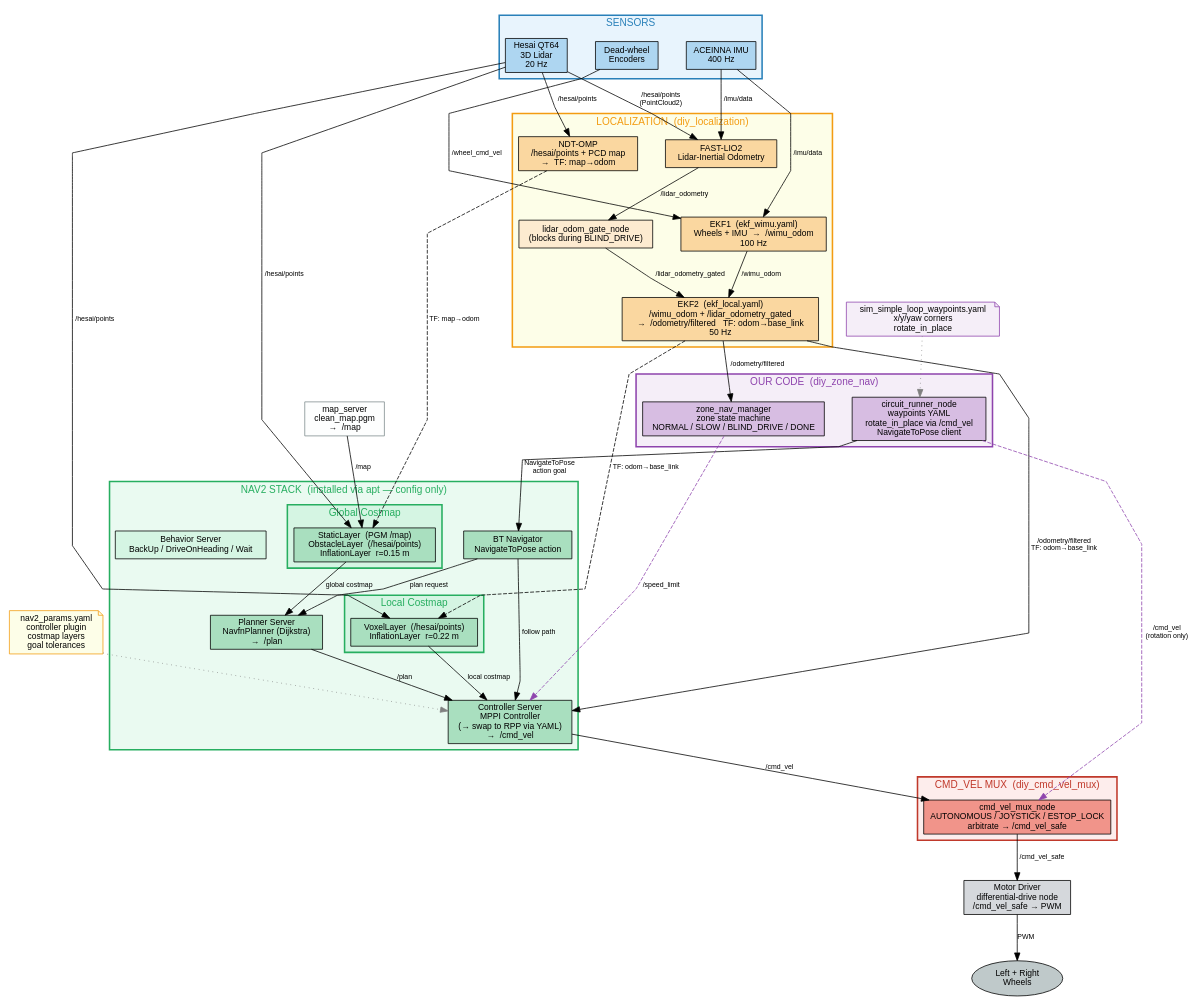
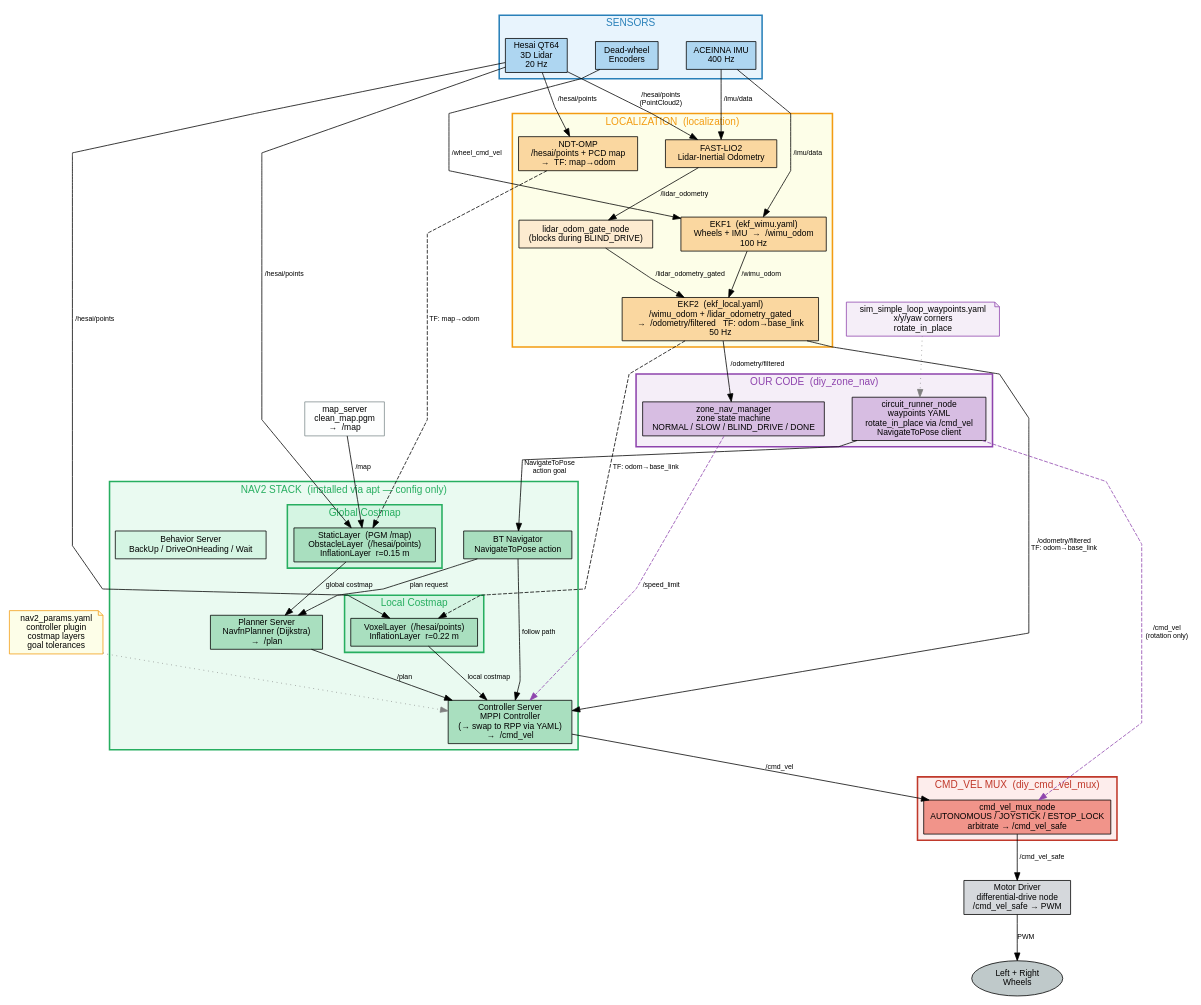
Before and after one commit to Betsybots/DIY-Challenge-Repo: the diagram in docs/system_workflow.dot, drawn with Graphviz. The commit also changed 68 other files, not shown here.

```diff
--- a/docs/system_workflow.dot
+++ b/docs/system_workflow.dot
@@ -1,140 +1,140 @@
 digraph DIYRobot {
     rankdir=TB
     compound=true
     splines=polyline
     nodesep=0.5
     ranksep=0.7
     fontname="Helvetica"
     node [fontname="Helvetica" fontsize=11]
     edge [fontname="Helvetica" fontsize=9]
 
     // ── SENSORS ─────────────────────────────────────────────────────────────
     subgraph cluster_sensors {
         label="SENSORS"
         style=filled fillcolor="#E8F4FD" color="#2980B9" penwidth=2
         fontsize=13 fontcolor="#2980B9"
 
         hesai   [label="Hesai QT64\n3D Lidar\n20 Hz"      shape=box style=filled fillcolor="#AED6F1"]
         imu     [label="ACEINNA IMU\n400 Hz"               shape=box style=filled fillcolor="#AED6F1"]
         wheels  [label="Dead-wheel\nEncoders"              shape=box style=filled fillcolor="#AED6F1"]
     }
 
     // ── LOCALIZATION ─────────────────────────────────────────────────────────
     subgraph cluster_loc {
-        label="LOCALIZATION  (diy_localization)"
+        label="LOCALIZATION  (localization)"
         style=filled fillcolor="#FDFEE8" color="#F39C12" penwidth=2
         fontsize=13 fontcolor="#F39C12"
 
         fastlio [label="FAST-LIO2\nLidar-Inertial Odometry"  shape=box style=filled fillcolor="#FAD7A0"]
         ekf1    [label="EKF1  (ekf_wimu.yaml)\nWheels + IMU  →  /wimu_odom\n100 Hz"      shape=box style=filled fillcolor="#FAD7A0"]
         ekf2    [label="EKF2  (ekf_local.yaml)\n/wimu_odom + /lidar_odometry_gated\n→  /odometry/filtered   TF: odom→base_link\n50 Hz" shape=box style=filled fillcolor="#FAD7A0"]
         ndt     [label="NDT-OMP\n/hesai/points + PCD map\n→  TF: map→odom"               shape=box style=filled fillcolor="#FAD7A0"]
         gate    [label="lidar_odom_gate_node\n(blocks during BLIND_DRIVE)"                shape=box style=filled fillcolor="#FDEBD0"]
     }
 
     // ── NAV2 ─────────────────────────────────────────────────────────────────
     subgraph cluster_nav2 {
         label="NAV2 STACK  (installed via apt — config only)"
         style=filled fillcolor="#EAFAF1" color="#27AE60" penwidth=2
         fontsize=13 fontcolor="#27AE60"
 
         subgraph cluster_gcm {
             label="Global Costmap"
             style=filled fillcolor="#D5F5E3" color="#27AE60"
             gcm [label="StaticLayer  (PGM /map)\nObstacleLayer  (/hesai/points)\nInflationLayer  r=0.15 m" shape=box style=filled fillcolor="#A9DFBF"]
         }
         subgraph cluster_lcm {
             label="Local Costmap"
             style=filled fillcolor="#D5F5E3" color="#27AE60"
             lcm [label="VoxelLayer  (/hesai/points)\nInflationLayer  r=0.22 m" shape=box style=filled fillcolor="#A9DFBF"]
         }
 
         planner    [label="Planner Server\nNavfnPlanner (Dijkstra)\n→  /plan"            shape=box style=filled fillcolor="#A9DFBF"]
         controller [label="Controller Server\nMPPI Controller\n(→ swap to RPP via YAML)\n→  /cmd_vel"  shape=box style=filled fillcolor="#A9DFBF"]
         bt         [label="BT Navigator\nNavigateToPose action"                           shape=box style=filled fillcolor="#A9DFBF"]
         behaviors  [label="Behavior Server\nBackUp / DriveOnHeading / Wait"               shape=box style=filled fillcolor="#D5F5E3"]
     }
 
     // ── OUR CODE ─────────────────────────────────────────────────────────────
     subgraph cluster_ours {
         label="OUR CODE  (diy_zone_nav)"
         style=filled fillcolor="#F5EEF8" color="#8E44AD" penwidth=2
         fontsize=13 fontcolor="#8E44AD"
 
         circuit [label="circuit_runner_node\nwaypoints YAML\nrotate_in_place via /cmd_vel\nNavigateToPose client" shape=box style=filled fillcolor="#D7BDE2"]
         zone    [label="zone_nav_manager\nzone state machine\nNORMAL / SLOW / BLIND_DRIVE / DONE"                  shape=box style=filled fillcolor="#D7BDE2"]
     }
 
     // ── CMD_VEL MUX ──────────────────────────────────────────────────────────
     subgraph cluster_mux {
         label="CMD_VEL MUX  (diy_cmd_vel_mux)"
         style=filled fillcolor="#FDEDEC" color="#C0392B" penwidth=2
         fontsize=13 fontcolor="#C0392B"
 
         mux [label="cmd_vel_mux_node\nAUTONOMOUS / JOYSTICK / ESTOP_LOCK\narbitrate → /cmd_vel_safe" shape=box style=filled fillcolor="#F1948A"]
     }
 
     // ── MOTOR DRIVER ─────────────────────────────────────────────────────────
     motor [label="Motor Driver\ndifferential-drive node\n/cmd_vel_safe → PWM"  shape=box style=filled fillcolor="#D5D8DC"]
     wheels_hw [label="Left + Right\nWheels"  shape=ellipse style=filled fillcolor="#BFC9CA"]
 
     // ── MAP SERVER ───────────────────────────────────────────────────────────
     mapserver [label="map_server\nclean_map.pgm\n→  /map"  shape=box style=filled fillcolor="#FDFEFE" color="#7F8C8D"]
 
     // ══ EDGES ════════════════════════════════════════════════════════════════
 
     // Sensor → FAST-LIO2
     hesai -> fastlio [label="/hesai/points\n(PointCloud2)"]
     imu   -> fastlio [label="/imu/data"]
     imu   -> ekf1    [label="/imu/data"]
     wheels -> ekf1   [label="/wheel_cmd_vel"]
 
     // FAST-LIO2 → gate → EKF2
     fastlio -> gate   [label="/lidar_odometry"]
     gate    -> ekf2   [label="/lidar_odometry_gated"]
     ekf1    -> ekf2   [label="/wimu_odom"]
 
     // NDT-OMP
     hesai -> ndt      [label="/hesai/points"]
     ndt   -> gcm      [label="TF: map→odom" style=dashed]
 
     // Map server
     mapserver -> gcm  [label="/map"]
 
     // Costmaps
     hesai -> gcm      [label="/hesai/points"]
     hesai -> lcm      [label="/hesai/points"]
 
     // EKF2 → Nav2
     ekf2 -> controller [label="/odometry/filtered\nTF: odom→base_link"]
     ekf2 -> lcm        [label="TF: odom→base_link" style=dashed]
 
     // Nav2 internal
     gcm        -> planner    [label="global costmap"]
     lcm        -> controller [label="local costmap"]
     planner    -> controller [label="/plan"]
     bt         -> planner    [label="plan request"]
     bt         -> controller [label="follow path"]
 
     // circuit_runner → BT
     circuit -> bt    [label="NavigateToPose\naction goal"]
     circuit -> mux   [label="/cmd_vel\n(rotation only)" style=dashed color="#8E44AD"]
 
     // zone_nav
     zone -> controller [label="/speed_limit" style=dashed color="#8E44AD"]
     ekf2 -> zone       [label="/odometry/filtered"]
 
     // Controller → mux
     controller -> mux [label="/cmd_vel"]
 
     // Mux → motor
     mux   -> motor     [label="/cmd_vel_safe"]
     motor -> wheels_hw [label="PWM"]
 
     // Config files (notes)
     nav2cfg  [label="nav2_params.yaml\ncontroller plugin\ncostmap layers\ngoal tolerances" shape=note style=filled fillcolor="#FDFEE8" color="#F39C12"]
     wpcfg    [label="sim_simple_loop_waypoints.yaml\nx/y/yaw corners\nrotate_in_place" shape=note style=filled fillcolor="#F5EEF8" color="#8E44AD"]
 
     nav2cfg -> controller [style=dotted color=gray]
     wpcfg   -> circuit    [style=dotted color=gray]
 }
```
